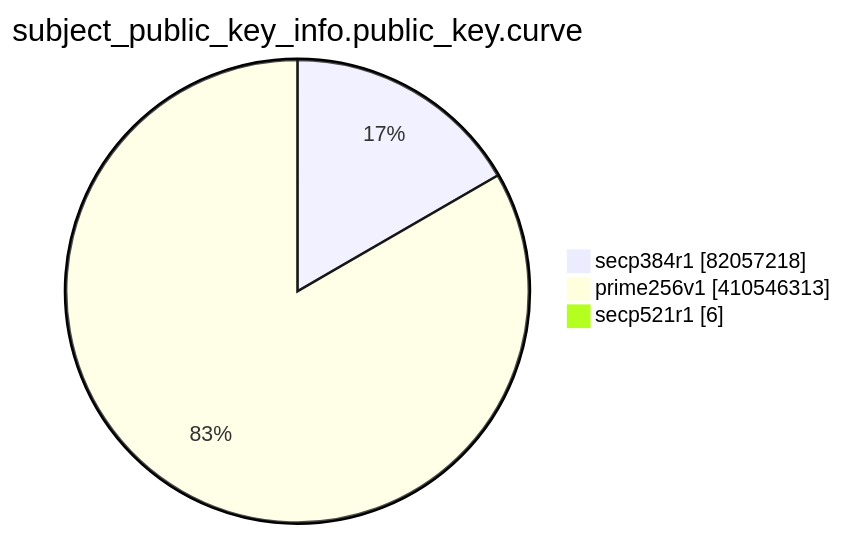
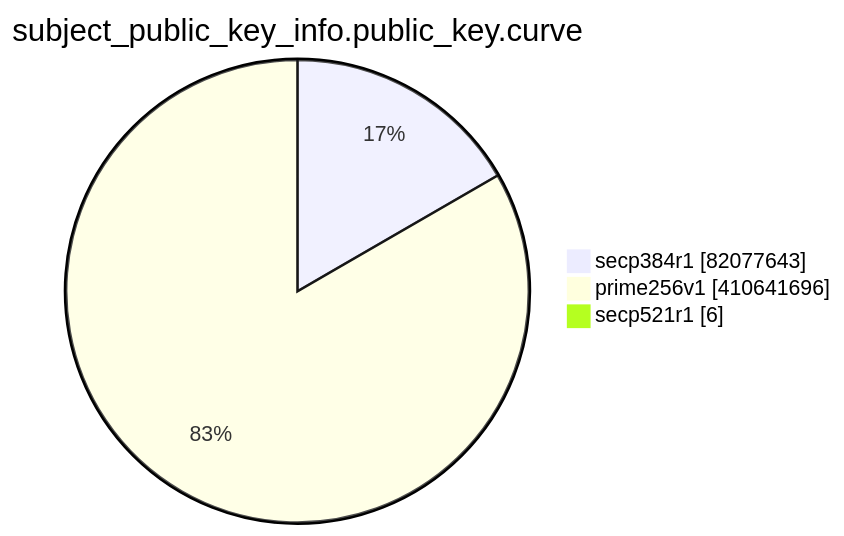
Before and after one commit to christiankrug/ctmonitor_visualization: the eighth of 15 diagrams in TOTAL/README.md, drawn with Mermaid. The commit also changed other lines of this file, not shown here.

````diff
--- a/TOTAL/README.md
+++ b/TOTAL/README.md
@@ -3096,7 +3096,7 @@
 ```mermaid
 pie showData
 title subject_public_key_info.public_key.curve
-"secp384r1" :82057218
-"prime256v1" :410546313
+"secp384r1" :82077643
+"prime256v1" :410641696
 "secp521r1" :6
 ```
````
